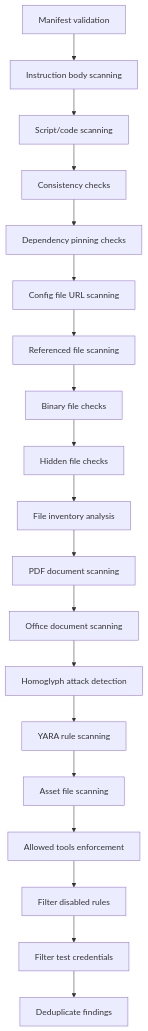
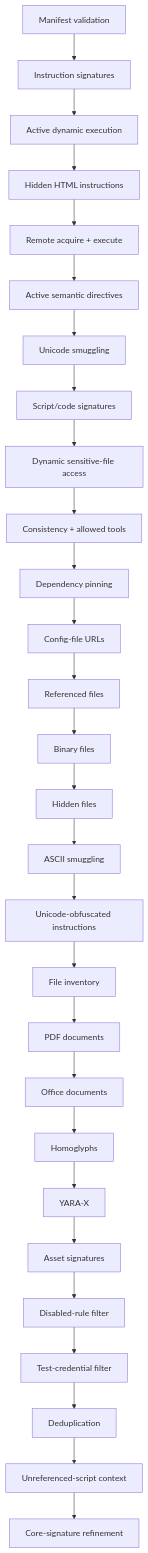
One commit to cisco-ai-defense/skill-scanner changed the diagram in docs/architecture/analyzers/static-analyzer.md. Above: the diagram before and after it, drawn with Mermaid. The commit also changed other lines of this file and 98 other files, not shown here.

Commit message:
feat(scanner): harden core detection and evaluation

````diff
--- a/docs/architecture/analyzers/static-analyzer.md
+++ b/docs/architecture/analyzers/static-analyzer.md
@@ -16,21 +22,30 @@
 ```mermaid
 flowchart TD
-    A["Manifest validation"] --> B["Instruction body scanning"]
-    B --> C["Script/code scanning"]
-    C --> D["Consistency checks"]
-    D --> D2["Dependency pinning checks"]
-    D2 --> D3["Config file URL scanning"]
-    D3 --> E["Referenced file scanning"]
-    E --> F["Binary file checks"]
-    F --> G["Hidden file checks"]
-    G --> H["File inventory analysis"]
-    H --> I["PDF document scanning"]
-    I --> J["Office document scanning"]
-    J --> K["Homoglyph attack detection"]
-    K --> L["YARA rule scanning"]
-    L --> M["Asset file scanning"]
-    M --> N["Allowed tools enforcement"]
-    N --> O["Filter disabled rules"]
-    O --> P["Filter test credentials"]
-    P --> Q["Deduplicate findings"]
+    S01["Manifest validation"] --> S02["Instruction signatures"]
+    S02 --> S03["Active dynamic execution"]
+    S03 --> S04["Hidden HTML instructions"]
+    S04 --> S05["Remote acquire + execute"]
+    S05 --> S06["Active semantic directives"]
+    S06 --> S07["Unicode smuggling"]
+    S07 --> S08["Script/code signatures"]
+    S08 --> S09["Dynamic sensitive-file access"]
+    S09 --> S10["Consistency + allowed tools"]
+    S10 --> S11["Dependency pinning"]
+    S11 --> S12["Config-file URLs"]
+    S12 --> S13["Referenced files"]
+    S13 --> S14["Binary files"]
+    S14 --> S15["Hidden files"]
+    S15 --> S16["ASCII smuggling"]
+    S16 --> S17["Unicode-obfuscated instructions"]
+    S17 --> S18["File inventory"]
+    S18 --> S19["PDF documents"]
+    S19 --> S20["Office documents"]
+    S20 --> S21["Homoglyphs"]
+    S21 --> S22["YARA-X"]
+    S22 --> S23["Asset signatures"]
+    S23 --> S24["Disabled-rule filter"]
+    S24 --> S25["Test-credential filter"]
+    S25 --> S26["Deduplication"]
+    S26 --> S27["Unreferenced-script context"]
+    S27 --> S28["Core-signature refinement"]
 ```
````
